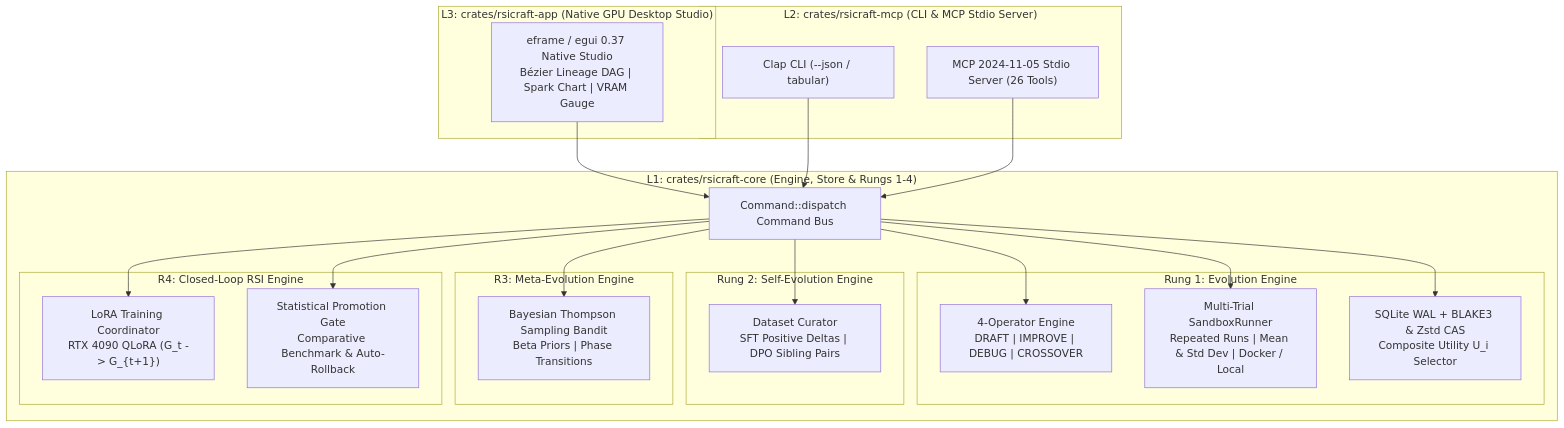
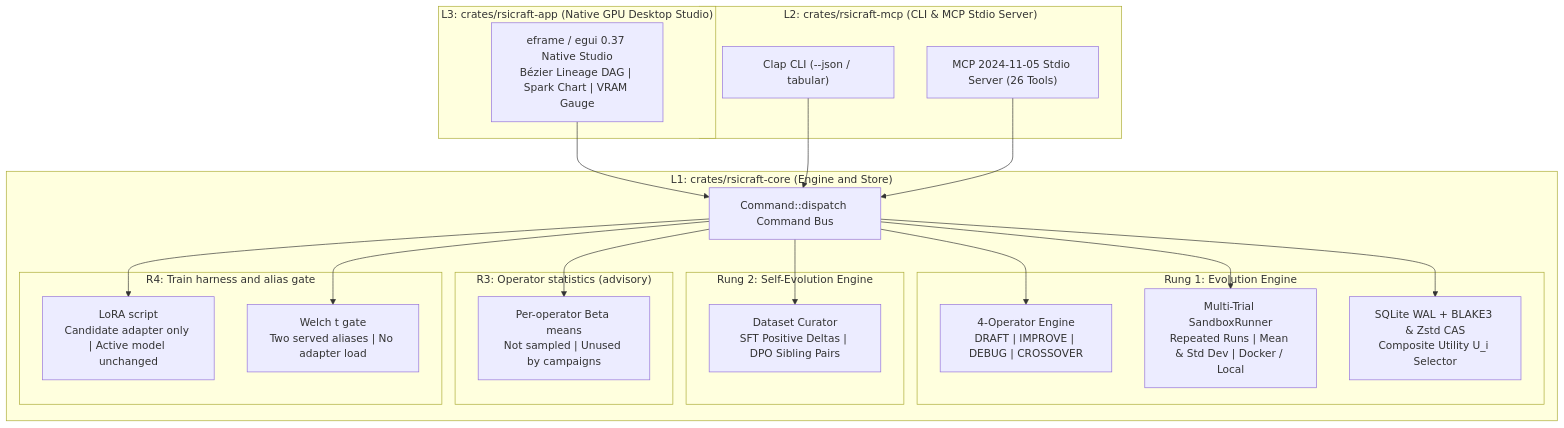
The diagram in docs/ARCHITECTURE.md (sandraschi/rsicraft), drawn with Mermaid before and after one commit. The commit also changed other lines of this file and 9 other files, not shown here.

````diff
--- a/docs/ARCHITECTURE.md
+++ b/docs/ARCHITECTURE.md
@@ -11,46 +11,46 @@
 ```mermaid
 flowchart TD
     subgraph L3["L3: crates/rsicraft-app (Native GPU Desktop Studio)"]
         UI["eframe / egui 0.37 Native Studio\nBézier Lineage DAG | Spark Chart | VRAM Gauge"]
     end
 
     subgraph L2["L2: crates/rsicraft-mcp (CLI & MCP Stdio Server)"]
         CLI["Clap CLI (--json / tabular)"]
         MCP["MCP 2024-11-05 Stdio Server (26 Tools)"]
     end
 
-    subgraph L1["L1: crates/rsicraft-core (Engine, Store & Rungs 1-4)"]
+        subgraph L1["L1: crates/rsicraft-core (Engine and Store)"]
         BUS["Command::dispatch Command Bus"]
         
         subgraph R1["Rung 1: Evolution Engine"]
             OPS["4-Operator Engine\nDRAFT | IMPROVE | DEBUG | CROSSOVER"]
             SBX["Multi-Trial SandboxRunner\nRepeated Runs | Mean & Std Dev | Docker / Local"]
             CAS["SQLite WAL + BLAKE3 & Zstd CAS\nComposite Utility U_i Selector"]
         end
 
         subgraph R2["Rung 2: Self-Evolution Engine"]
             DATA["Dataset Curator\nSFT Positive Deltas | DPO Sibling Pairs"]
         end
 
-        subgraph R3["R3: Meta-Evolution Engine"]
-            BANDIT["Bayesian Thompson Sampling Bandit\nBeta Priors | Phase Transitions"]
+        subgraph R3["R3: Operator statistics (advisory)"]
+            BANDIT["Per-operator Beta means\nNot sampled | Unused by campaigns"]
         end
 
-        subgraph R4["R4: Closed-Loop RSI Engine"]
-            TRAIN["LoRA Training Coordinator\nRTX 4090 QLoRA (G_t -> G_{t+1})"]
-            GATE["Statistical Promotion Gate\nComparative Benchmark & Auto-Rollback"]
+        subgraph R4["R4: Train harness and alias gate"]
+            TRAIN["LoRA script\nCandidate adapter only | Active model unchanged"]
+            GATE["Welch t gate\nTwo served aliases | No adapter load"]
         end
     end
 
     UI --> BUS
     CLI --> BUS
     MCP --> BUS
 
     BUS --> OPS
     BUS --> SBX
     BUS --> CAS
     BUS --> DATA
     BUS --> BANDIT
     BUS --> TRAIN
     BUS --> GATE
 ```
````
